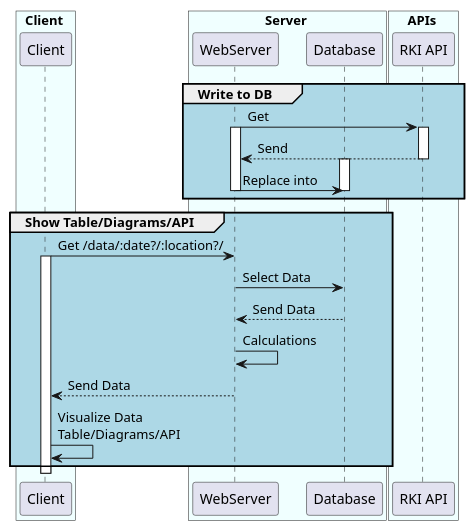
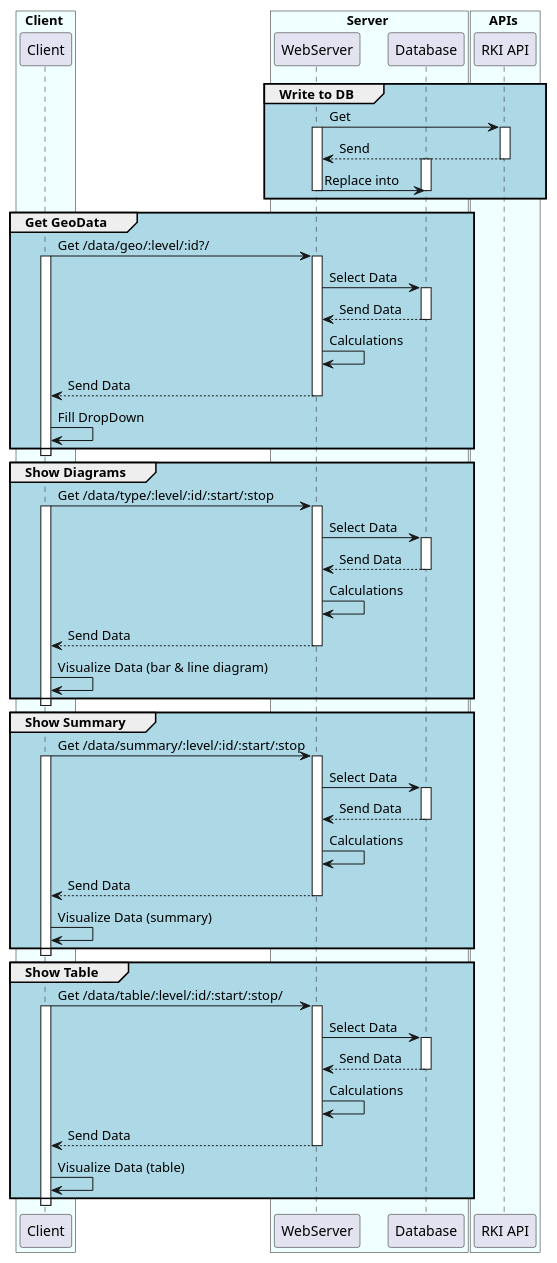
One commit to FelixGeisler/CoronaDashboard changed the second of 2 diagrams in docs/uml.md. Above: the diagram before and after it, drawn with PlantUML. The commit also changed 1 other file, not shown here.

Commit message:
Update uml.

````diff
--- a/docs/uml.md
+++ b/docs/uml.md
@@ -49,16 +49,63 @@
 deactivate Database
 end
 
-Group #LightBlue Show Table/Diagrams/API
-Client -> WebServer: Get /data/:date?/:location?/
+Group #LightBlue Get GeoData
+Client -> WebServer: Get /data/geo/:level/:id?/
+activate WebServer
 activate Client
 WebServer -> Database: Select Data
+activate Database
 Database --> WebServer: Send Data
+deactivate Database 
 WebServer -> WebServer: Calculations
-deactivate Database 
 WebServer --> Client: Send Data
 deactivate WebServer
-Client -> Client: Visualize Data\nTable/Diagrams/API
+Client -> Client: Fill DropDown
+end
+deactivate Client
+
+Group #LightBlue Show Diagrams
+Client -> WebServer: Get /data/type/:level/:id/:start/:stop
+activate WebServer
+activate Client
+WebServer -> Database: Select Data
+activate Database
+Database --> WebServer: Send Data
+deactivate Database 
+WebServer -> WebServer: Calculations
+WebServer --> Client: Send Data
+deactivate WebServer
+Client -> Client: Visualize Data (bar & line diagram)
+end
+deactivate Client
+
+Group #LightBlue Show Summary
+Client -> WebServer: Get /data/summary/:level/:id/:start/:stop
+activate WebServer
+activate Client
+WebServer -> Database: Select Data
+activate Database
+Database --> WebServer: Send Data
+deactivate Database 
+WebServer -> WebServer: Calculations
+WebServer --> Client: Send Data
+deactivate WebServer
+Client -> Client: Visualize Data (summary)
+end
+deactivate Client
+
+Group #LightBlue Show Table
+Client -> WebServer: Get /data/table/:level/:id/:start/:stop/
+activate WebServer
+activate Client
+WebServer -> Database: Select Data
+activate Database
+Database --> WebServer: Send Data
+deactivate Database 
+WebServer -> WebServer: Calculations
+WebServer --> Client: Send Data
+deactivate WebServer
+Client -> Client: Visualize Data (table)
 end
 deactivate Client
 ```
````
